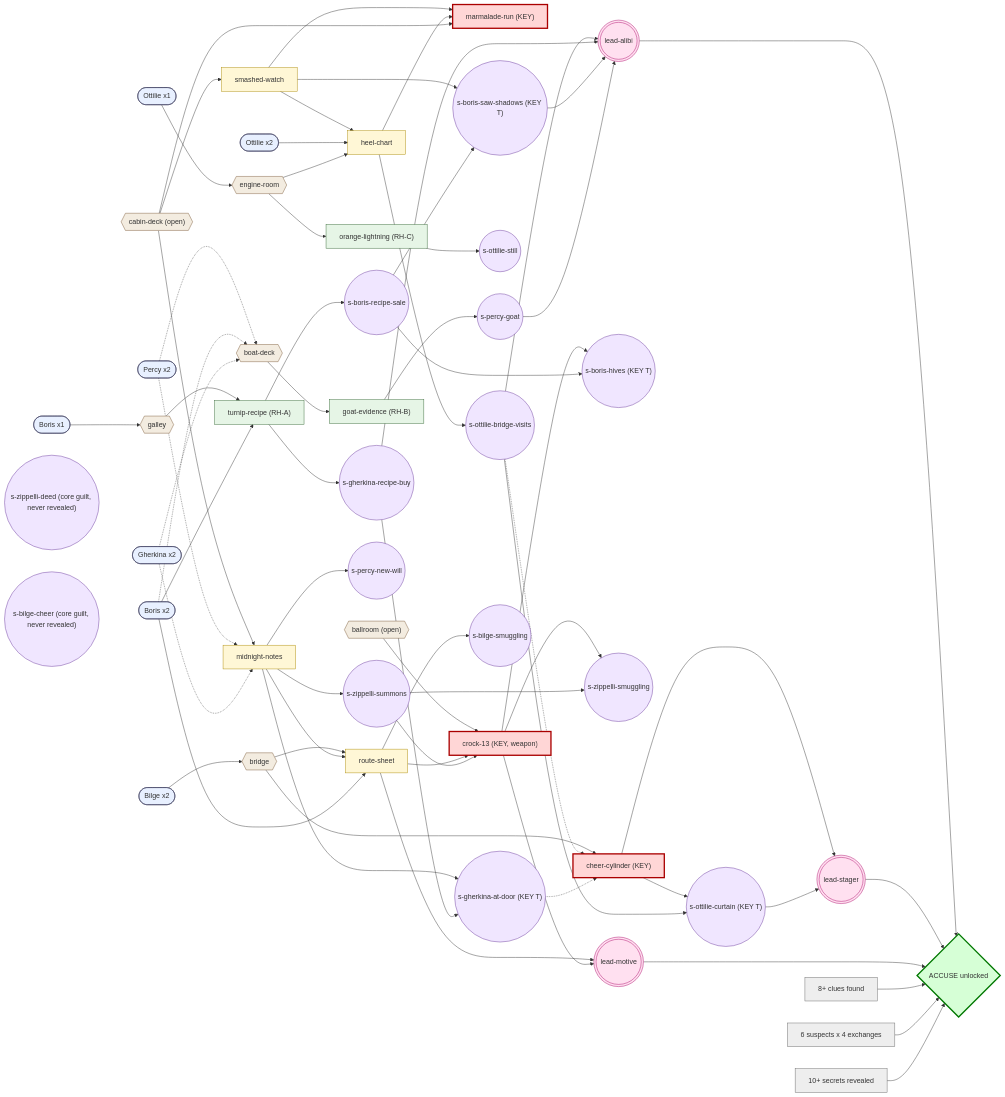
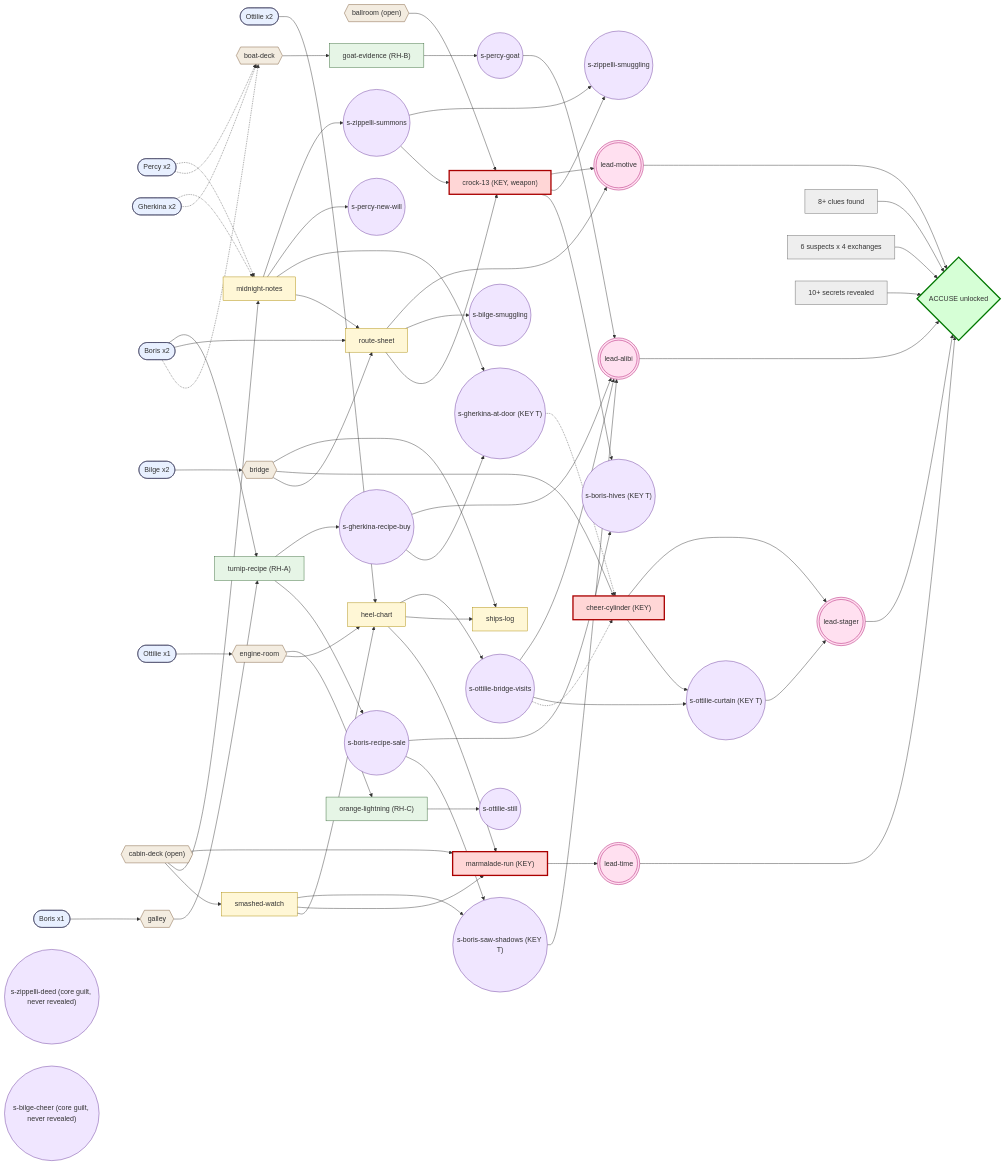
The diagram in docs/cases/TALLYHO_DESIGN.md (GeorgeShani/whodunit), drawn with Mermaid before and after one commit. The commit also changed other lines of this file and 2 other files, not shown here.

```diff
--- a/docs/cases/TALLYHO_DESIGN.md
+++ b/docs/cases/TALLYHO_DESIGN.md
@@ -1158,6 +1192,7 @@
   cTurnip["turnip-recipe (RH-A)"]:::rh
   cGoat["goat-evidence (RH-B)"]:::rh
   cOrange["orange-lightning (RH-C)"]:::rh
+  cLog["ships-log"]:::clue
 
   Lcab --> cWatch
   Lcab --> cNotes
@@ -1180,6 +1215,8 @@
   tBo2 --> cTurnip
   Lboat --> cGoat
   Leng --> cOrange
+  Lbri --> cLog
+  cChart --> cLog
 
   %% secrets
   sOtBridge(("s-ottilie-bridge-visits")):::sec
@@ -1223,6 +1260,8 @@
   gAlibi((("lead-alibi"))):::gate
   gStager((("lead-stager"))):::gate
   gMotive((("lead-motive"))):::gate
+  gTime((("lead-time"))):::gate
+  cMarm --> gTime
   sOtBridge --> gAlibi
   sGhBuy --> gAlibi
   sBoShadow --> gAlibi
@@ -1236,6 +1275,7 @@
   gAlibi --> ACC
   gStager --> ACC
   gMotive --> ACC
+  gTime --> ACC
   N8["8+ clues found"]:::cnt --> ACC
   N6["6 suspects x 4 exchanges"]:::cnt --> ACC
   N10["10+ secrets revealed"]:::cnt --> ACC
```
